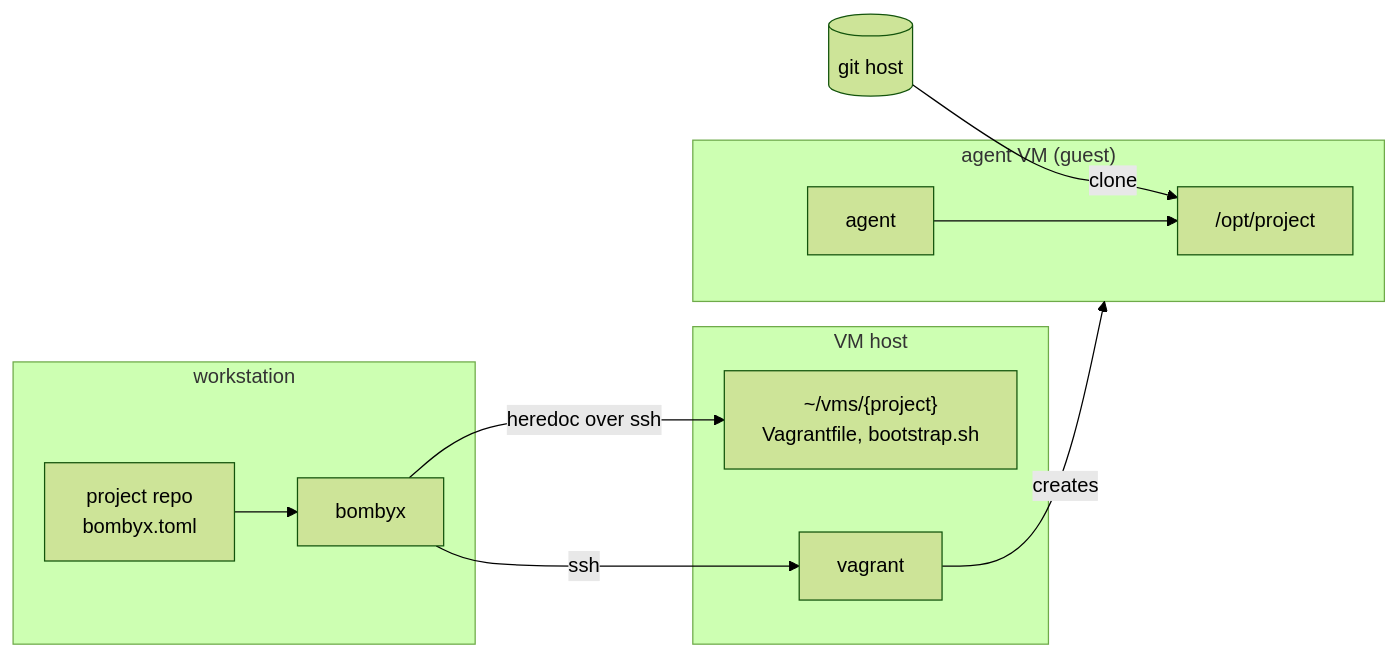
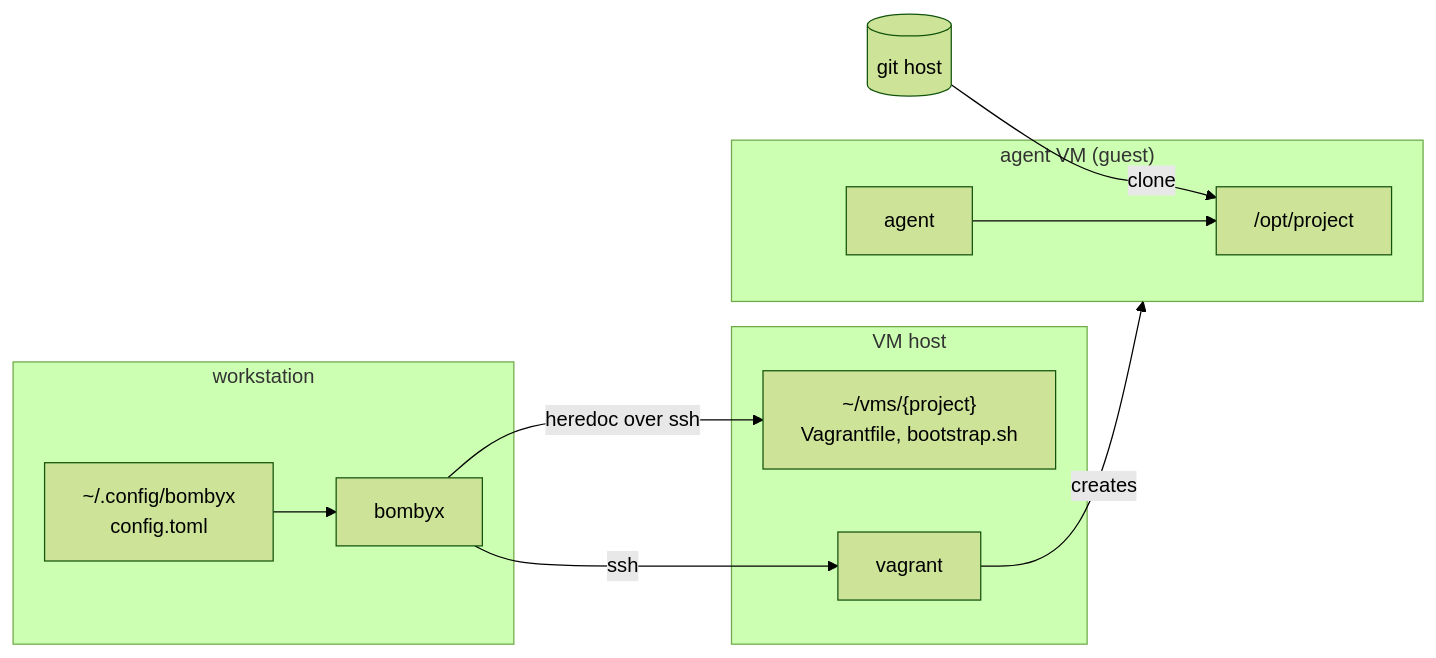
The first of 6 diagrams in docs/architecture.md (breki/bombyx), drawn with Mermaid (forest theme) before and after one commit. The commit also changed other lines of this file and 30 other files, not shown here.

````diff
--- a/docs/architecture.md
+++ b/docs/architecture.md
@@ -9,26 +9,26 @@
 ```mermaid
 flowchart LR
   subgraph ws["workstation"]
-    repo["project repo<br/>bombyx.toml"]
+    reg["~/.config/bombyx<br/>config.toml"]
     cli["bombyx"]
   end
 
   subgraph host["VM host"]
     dir["~/vms/{project}<br/>Vagrantfile, bootstrap.sh"]
     vg["vagrant"]
   end
 
   subgraph guest["agent VM (guest)"]
     clone["/opt/project"]
     agent["agent"]
   end
 
   git[("git host")]
 
-  repo --> cli
+  reg --> cli
   cli -- ssh --> vg
   cli -- "heredoc over ssh" --> dir
   vg -- creates --> guest
   git -- clone --> clone
   agent --> clone
 ```
````
